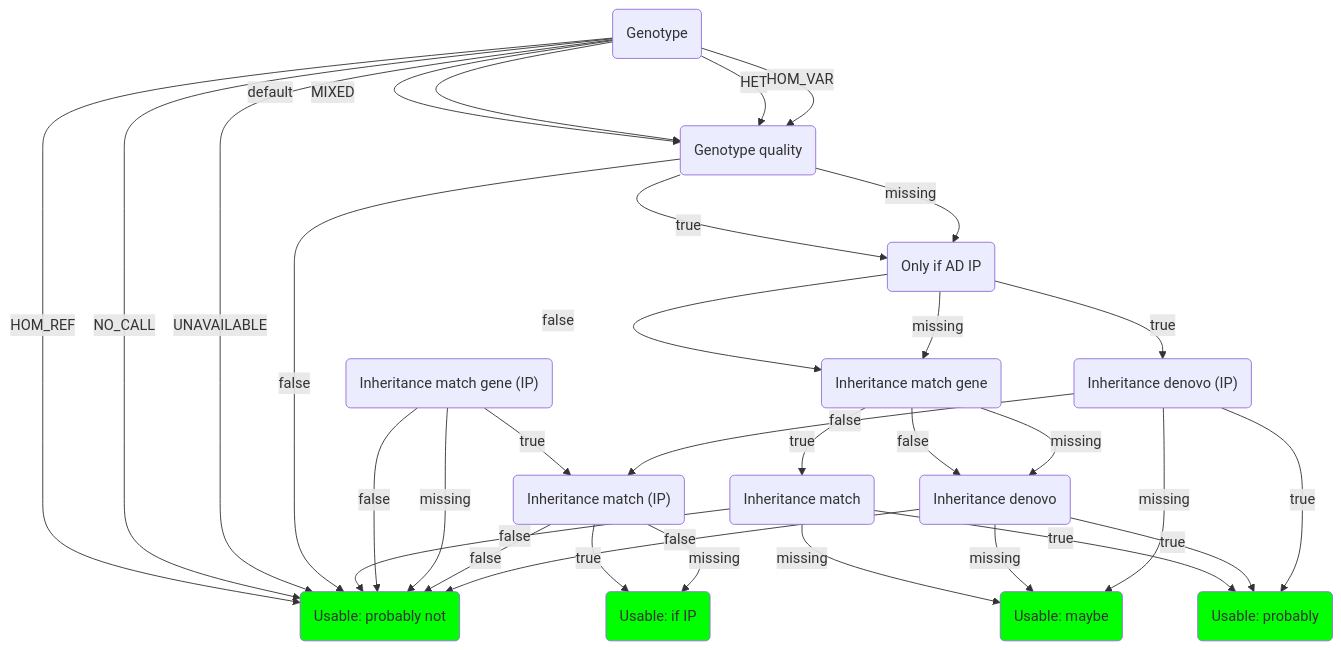
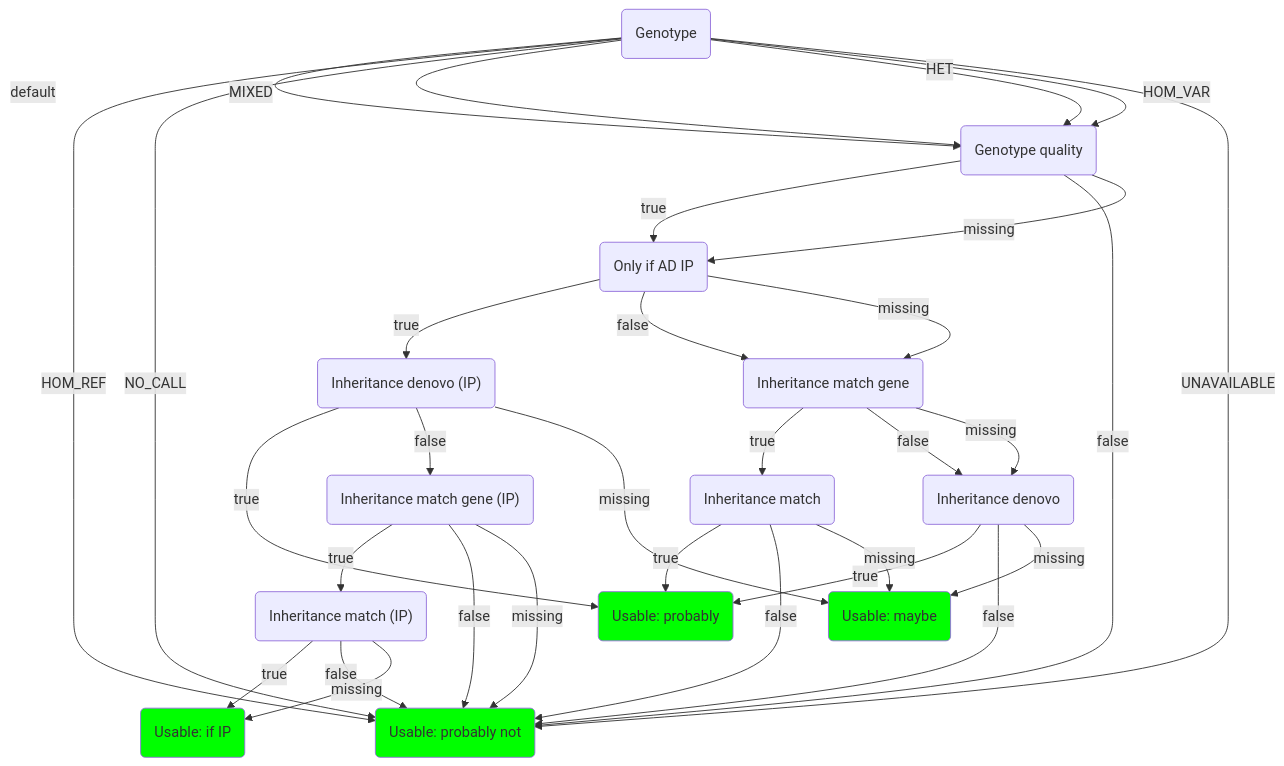
Before and after one commit to molgenis/vip: the second of 2 diagrams in docs/advanced/classification_trees.md, drawn with Mermaid. The commit also changed 2 other files, not shown here.

Commit message:
Multiple sample tree fixes

````diff
--- a/docs/advanced/classification_trees.md
+++ b/docs/advanced/classification_trees.md
@@ -117,51 +117,51 @@
 ```mermaid
 flowchart TD
 gt_("Genotype")
 gq_("Genotype quality")
 only_IP_("Only if AD IP")
 vig_("Inheritance match gene")
 vim_("Inheritance match")
 vig_IP_("Inheritance match gene (IP)")
 vim_IP_("Inheritance match (IP)")
 vid_("Inheritance denovo")
 vid_IP_("Inheritance denovo (IP)")
 exit_u1_("Usable: probably")
 style exit_u1_ fill:#00ff00
 exit_u2_("Usable: maybe")
 style exit_u2_ fill:#00ff00
 exit_u3_("Usable: probably not")
 style exit_u3_ fill:#00ff00
 exit_u4_("Usable: if IP")
 style exit_u4_ fill:#00ff00
 gt_ -->|"default"| gq_
 gt_ -->|"HOM_REF"| exit_u3_
 gt_ -->|"NO_CALL"| exit_u3_
 gt_ -->|"MIXED"| gq_
 gt_ -->|"HET"| gq_
 gt_ -->|"HOM_VAR"| gq_
 gt_ -->|"UNAVAILABLE"| exit_u3_
 gq_ -->|"true"| only_IP_
 gq_ -->|"false"| exit_u3_
 gq_ -->|"missing"| only_IP_
 only_IP_ -->|"true"| vid_IP_
 only_IP_ -->|"false"| vig_
 only_IP_ -->|"missing"| vig_
 vig_ -->|"true"| vim_
 vig_ -->|"false"| vid_
 vig_ -->|"missing"| vid_
 vim_ -->|"true"| exit_u1_
 vim_ -->|"false"| exit_u3_
 vim_ -->|"missing"| exit_u2_
 vig_IP_ -->|"true"| vim_IP_
 vig_IP_ -->|"false"| exit_u3_
 vig_IP_ -->|"missing"| exit_u3_
 vim_IP_ -->|"true"| exit_u4_
 vim_IP_ -->|"false"| exit_u3_
 vim_IP_ -->|"missing"| exit_u4_
 vid_ -->|"true"| exit_u1_
 vid_ -->|"false"| exit_u3_
 vid_ -->|"missing"| exit_u2_
 vid_IP_ -->|"true"| exit_u1_
-vid_IP_ -->|"false"| vim_IP_
+vid_IP_ -->|"false"| vig_IP_
 vid_IP_ -->|"missing"| exit_u2_
 ```
````
